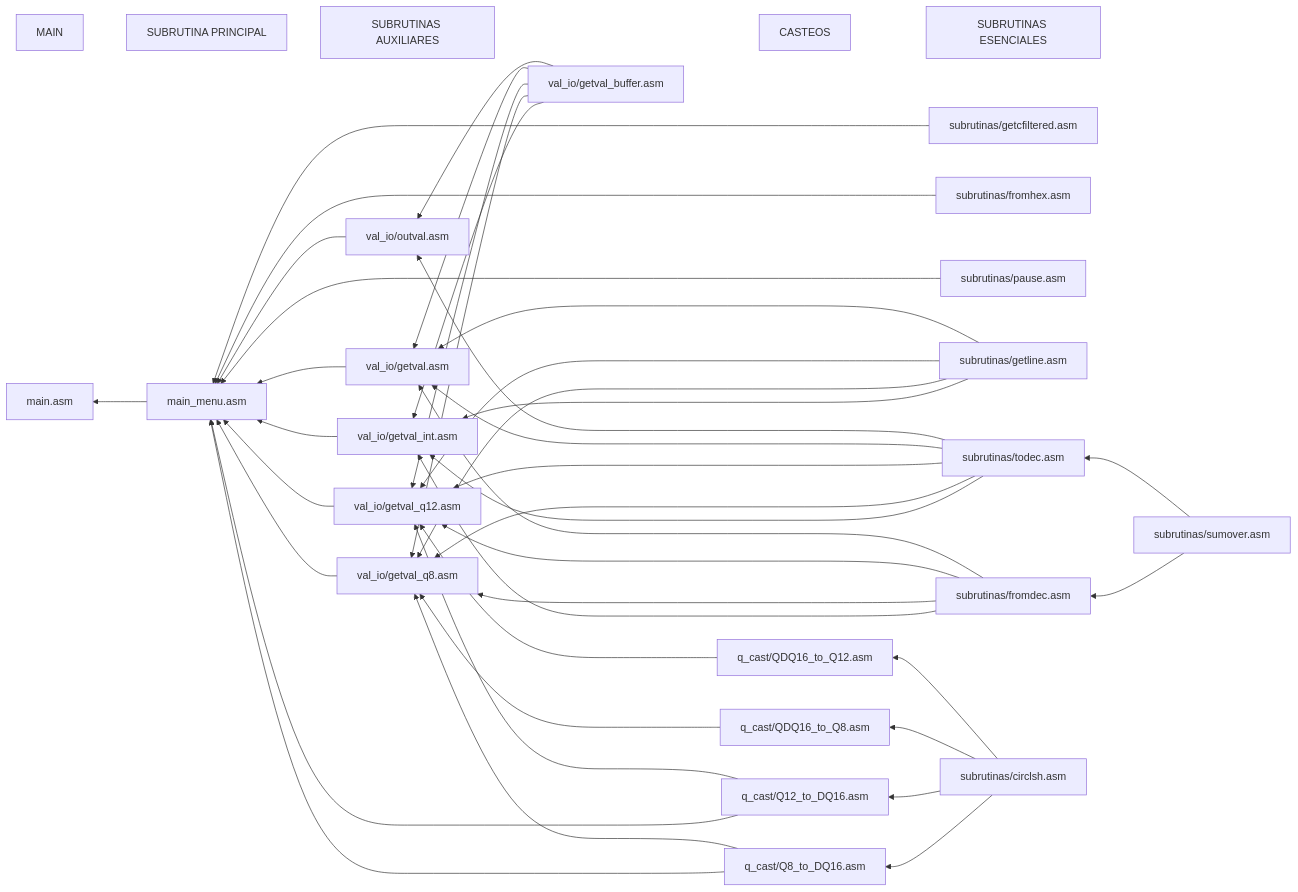
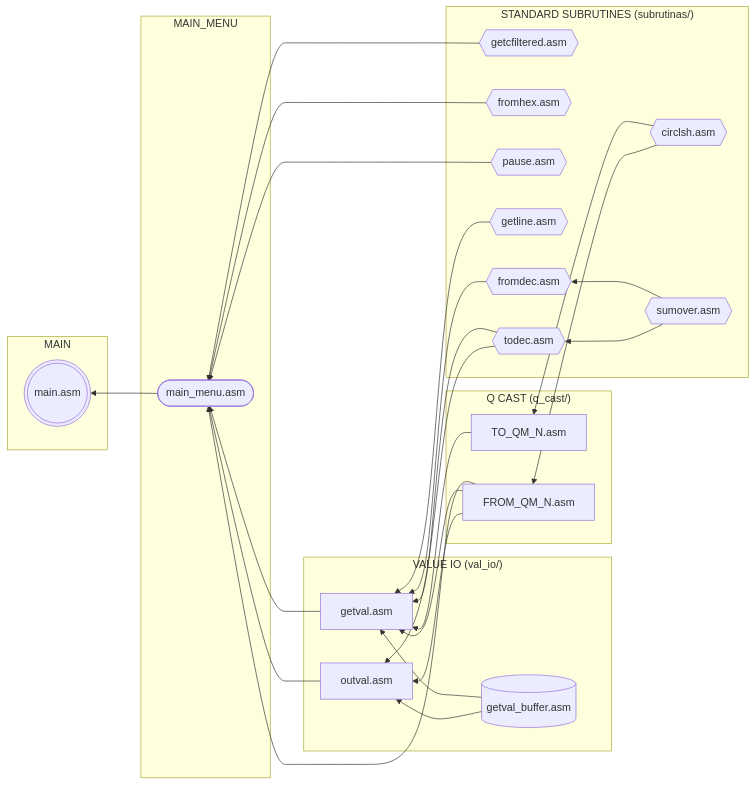
One commit to AgustinV16/LAB3-entregas changed the first of 2 diagrams in grupo27/DOC.md. Above: the diagram before and after it, drawn with Mermaid.

Commit message:
Grafico de dependencias actualizado

````diff
--- a/grupo27/DOC.md
+++ b/grupo27/DOC.md
@@ -4,37 +4,44 @@
 ```mermaid
 flowchart RL
-A["MAIN"]
-A0["main.asm"] 
 
-B["SUBRUTINA PRINCIPAL"] ~~~ A
-B0["main_menu.asm"] --> A0
+subgraph MAIN
+  main((("main.asm")))
+end
+subgraph MAIN_MENU
+  main_menu(["main_menu.asm"])
+end
+subgraph "VALUE IO (val_io/)"
+  getval["getval.asm"]
+  outval["outval.asm"]
+  getval_buffer[("getval_buffer.asm")]
+end
+subgraph "Q CAST (q_cast/)"
+  to_qm_n["TO_QM_N.asm"]
+  from_qm_n["FROM_QM_N.asm"]
+end
+subgraph "STANDARD SUBRUTINES (subrutinas/)"
+  getcfiltered{{"getcfiltered.asm"}}
+  fromhex{{"fromhex.asm"}}
+  pause{{"pause.asm"}}
+  getline{{"getline.asm"}}
+  fromdec{{"fromdec.asm"}}
+  todec{{"todec.asm"}}
+  circlsh{{"circlsh.asm"}}
+  sumover{{"sumover.asm"}}
+end
 
-C["SUBRUTINAS AUXILIARES"] ~~~ B
-C0["val_io/getval_int.asm"] --> B0
-C1["val_io/getval_q8.asm"] --> B0
-C2["val_io/getval_q12.asm"] --> B0
-C3["val_io/getval.asm"] --> B0
-C4["val_io/outval.asm"] --> B0
-D[ ] ~~~ C; style D height:0px;
-D0["val_io/getval_buffer.asm"] --> C0 & C1 & C2 & C3 & C4
-
-E["CASTEOS"] ~~~ D
-E0["q_cast/Q8_to_DQ16.asm"] ----> B0 
-E1["q_cast/Q12_to_DQ16.asm"] ----> B0
-E2["q_cast/QDQ16_to_Q8.asm"]
-E3["q_cast/QDQ16_to_Q12.asm"]
-E0 & E2 ---> C1
-E1 & E3 ---> C2
-
-F["SUBRUTINAS ESENCIALES"] ~~~ E
-F0["subrutinas/getcfiltered.asm"] -----> B0
-F1["subrutinas/fromhex.asm"] -----> B0
-F2["subrutinas/pause.asm"] -----> B0
-F3["subrutinas/getline.asm"] ----> C0 & C1 & C2 & C3
-F4["subrutinas/fromdec.asm"] ----> C0 & C1 & C2 & C3
-F5["subrutinas/todec.asm"] ----> C0 & C1 & C2 & C3 & C4
-F6["subrutinas/circlsh.asm"] --> E0 & E1 & E2 & E3
-
-G[ ] ~~~ F; style G height:0px;
-G0["subrutinas/sumover.asm"] --> F4 & F5
+main_menu --> main
+getcfiltered & fromhex & pause --> main_menu
+from_qm_n --> main_menu
+getval & outval --> main_menu
+getval_buffer --> getval
+getline & fromdec & todec --> getval
+to_qm_n & from_qm_n --> getval
+getval_buffer --> outval
+todec --> outval
+from_qm_n --> outval
+circlsh --> to_qm_n
+circlsh --> from_qm_n
+sumover --> fromdec
+sumover --> todec
 ```
````
